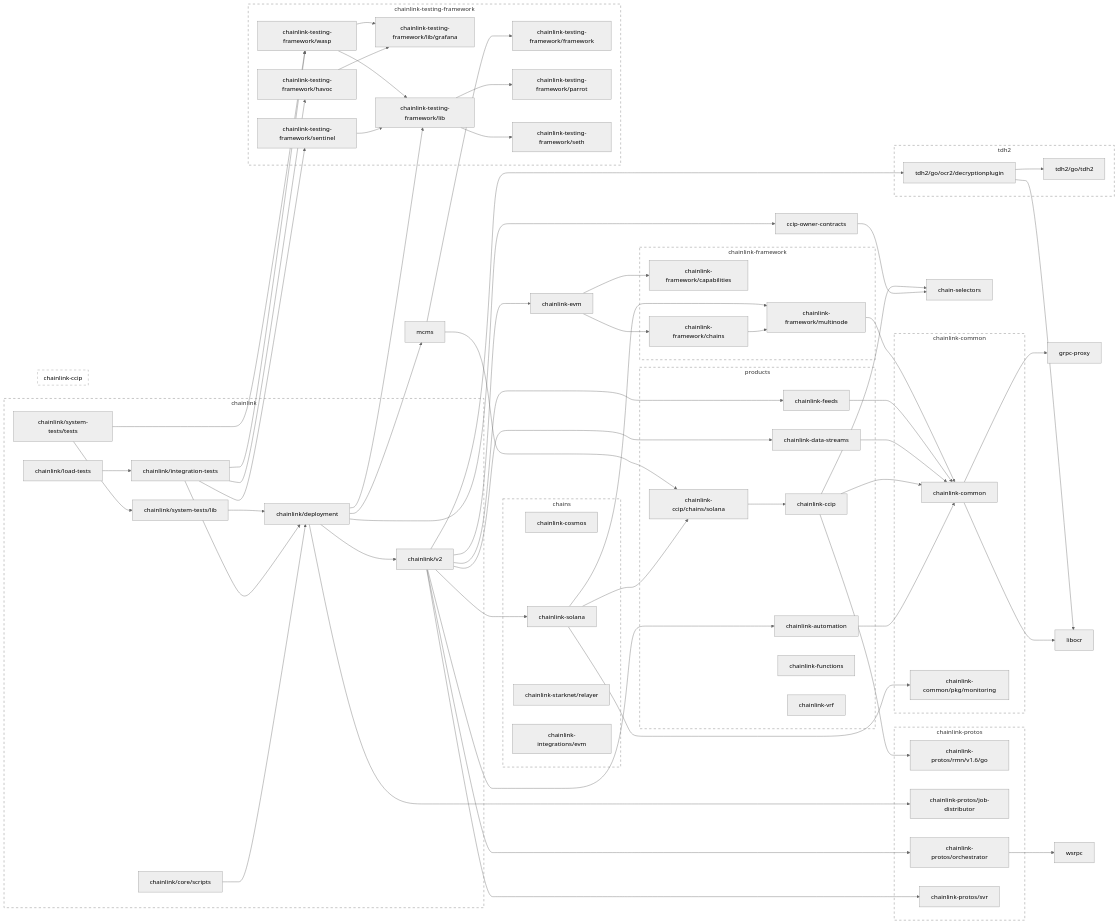
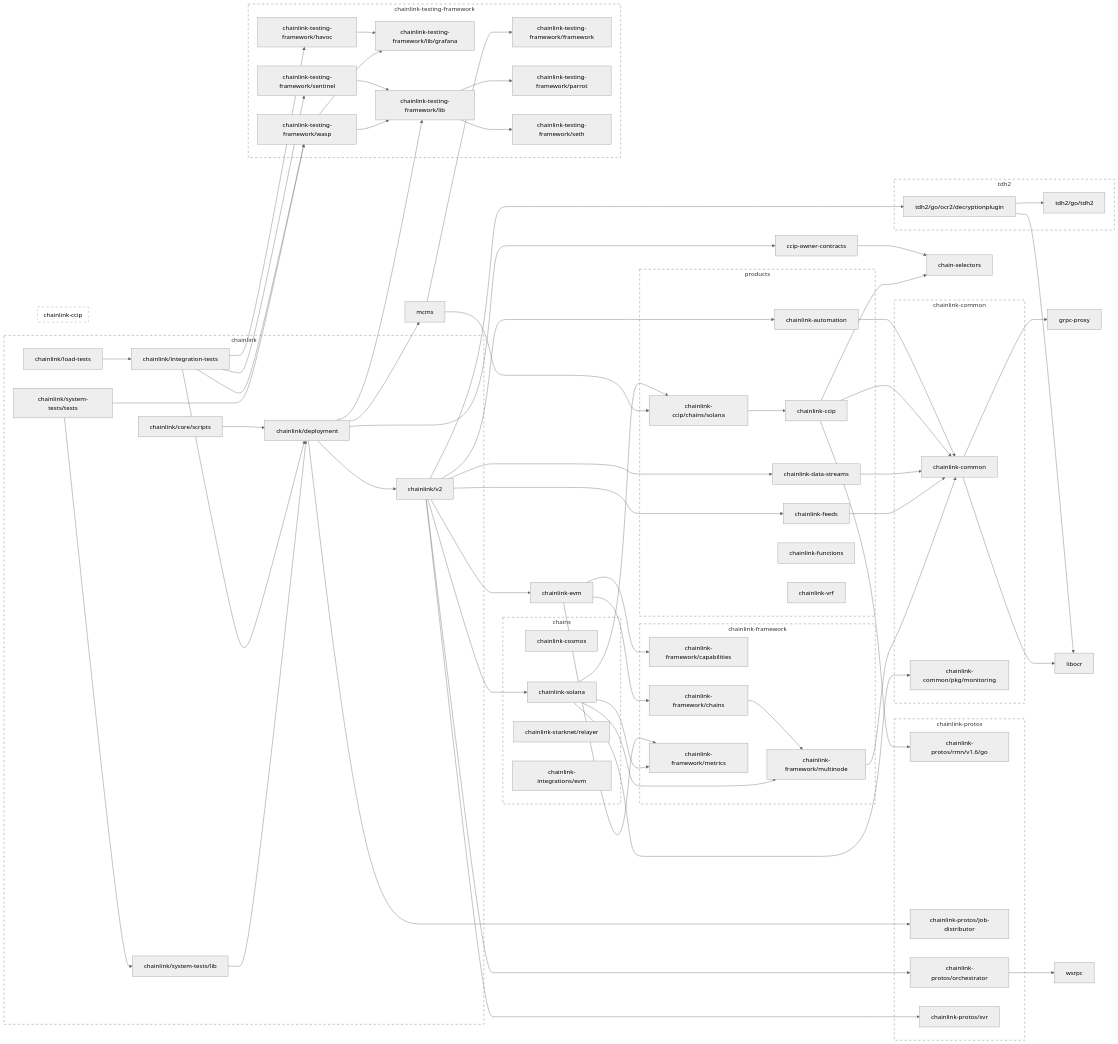
One commit to JohnDaWalka/chainlink changed the second of 2 diagrams in go.md. Above: the diagram before and after it, drawn with Mermaid (neutral theme). The commit also changed other lines of this file and 14 other files, not shown here.

```diff
--- a/go.md
+++ b/go.md
@@ -160,6 +165,7 @@
 	click chainlink-data-streams href "https://github.com/smartcontractkit/chainlink-data-streams"
 	chainlink-evm --> chainlink-framework/capabilities
 	chainlink-evm --> chainlink-framework/chains
+	chainlink-evm --> chainlink-framework/metrics
 	click chainlink-evm href "https://github.com/smartcontractkit/chainlink-evm"
 	chainlink-feeds --> chainlink-common
 	click chainlink-feeds href "https://github.com/smartcontractkit/chainlink-feeds"
@@ -167,6 +173,8 @@
 	click chainlink-framework/capabilities href "https://github.com/smartcontractkit/chainlink-framework"
 	chainlink-framework/chains --> chainlink-framework/multinode
 	click chainlink-framework/chains href "https://github.com/smartcontractkit/chainlink-framework"
+	chainlink-framework/metrics
+	click chainlink-framework/metrics href "https://github.com/smartcontractkit/chainlink-framework"
 	chainlink-framework/multinode --> chainlink-common
 	click chainlink-framework/multinode href "https://github.com/smartcontractkit/chainlink-framework"
 	chainlink-protos/job-distributor
@@ -179,6 +187,7 @@
 	click chainlink-protos/svr href "https://github.com/smartcontractkit/chainlink-protos"
 	chainlink-solana --> chainlink-ccip/chains/solana
 	chainlink-solana --> chainlink-common/pkg/monitoring
+	chainlink-solana --> chainlink-framework/metrics
 	chainlink-solana --> chainlink-framework/multinode
 	click chainlink-solana href "https://github.com/smartcontractkit/chainlink-solana"
 	chainlink-testing-framework/framework
@@ -269,6 +278,7 @@
 	subgraph chainlink-framework-repo[chainlink-framework]
 		 chainlink-framework/capabilities
 		 chainlink-framework/chains
+		 chainlink-framework/metrics
 		 chainlink-framework/multinode
 	end
 	click chainlink-framework-repo href "https://github.com/smartcontractkit/chainlink-framework"
```
